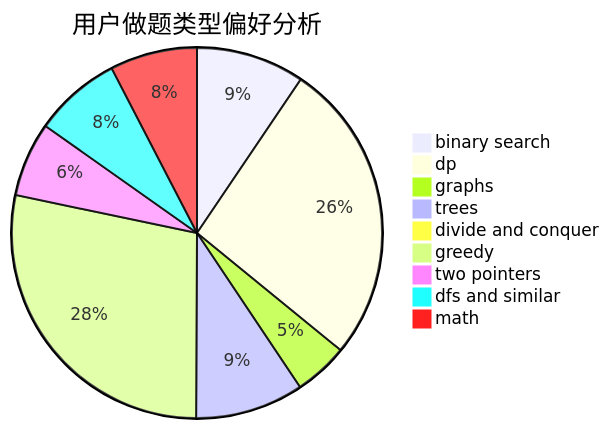
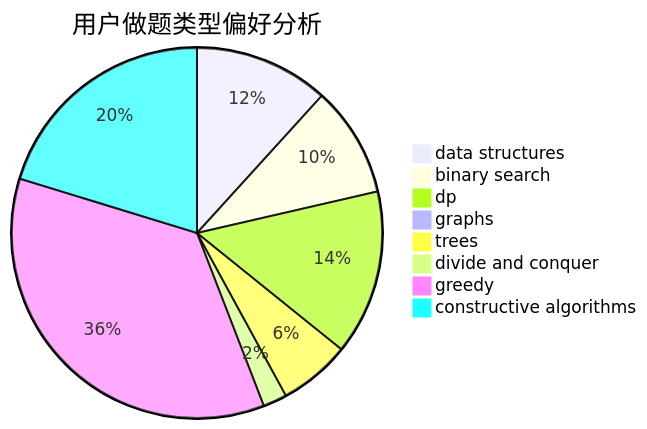
Before and after one commit to sherpahu/cfrs.github.io: the second of 3 diagrams in docs/user/u2195.md, drawn with Mermaid. The commit also changed other lines of this file and 2775 other files, not shown here.

````diff
--- a/docs/user/u2195.md
+++ b/docs/user/u2195.md
@@ -23,12 +23,11 @@
 ```mermaid
 pie title 用户做题类型偏好分析
-    "binary search" :  128
-    "dp" :  358
-    "graphs" :  64
-    "trees" :  128
-    "divide and conquer" :  13
-    "greedy" :  382
-    "two pointers" :  88
-    "dfs and similar" :  103
-    "math" :  103
+    "data structures" :  62
+    "binary search" :  51
+    "dp" :  76
+    "graphs" :  0
+    "trees" :  33
+    "divide and conquer" :  11
+    "greedy" :  188
+    "constructive algorithms" :  107
 ```
````
